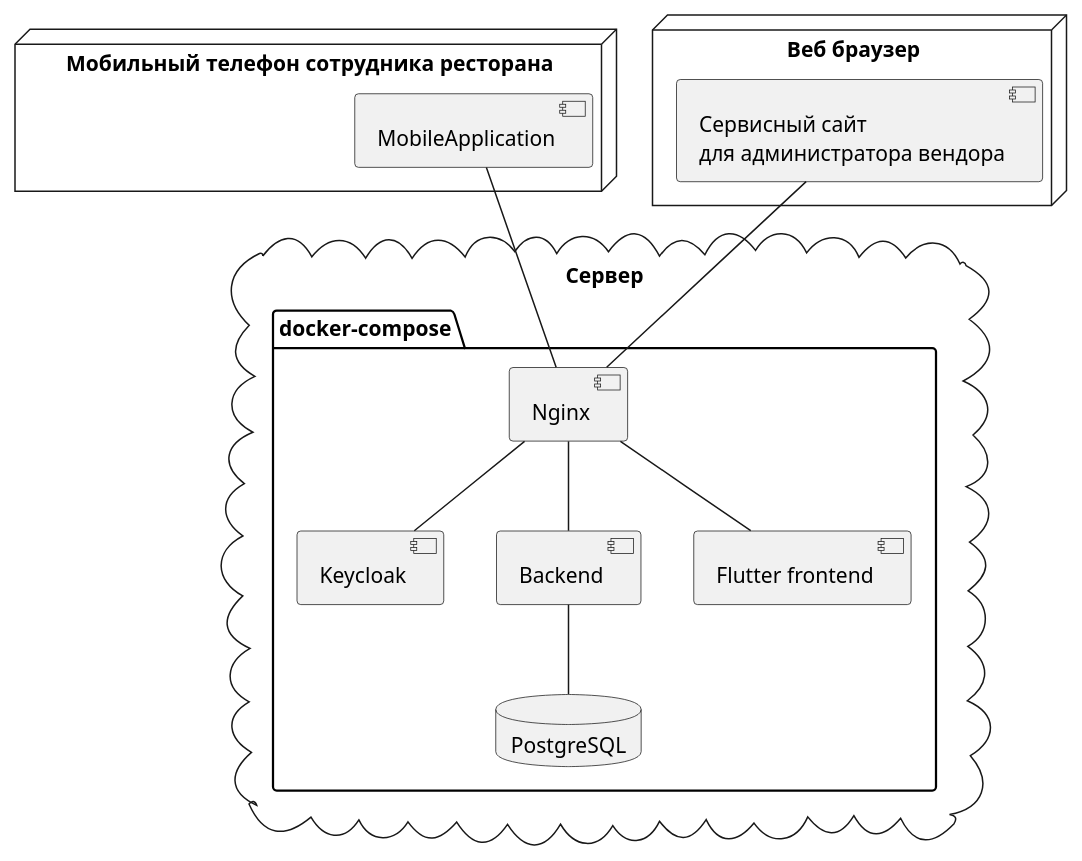
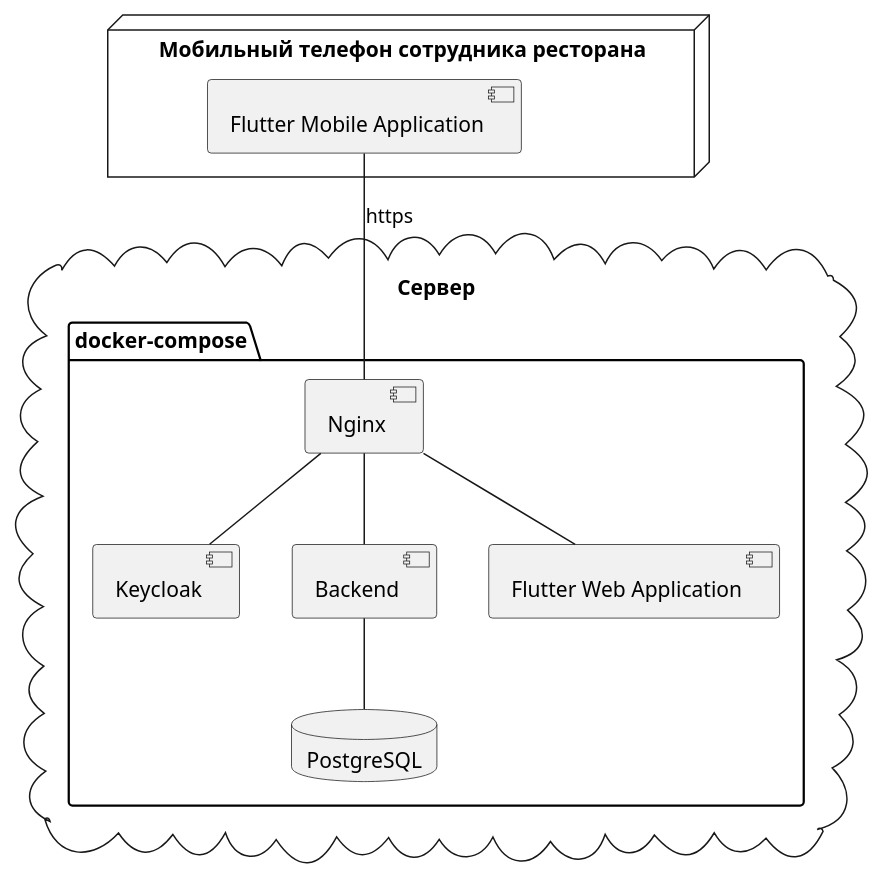
One commit to PavelPutin/restobook changed the diagram in documentation/диаграммы/Диаграмма развёртывания.pu. Above: the diagram before and after it, drawn with PlantUML. The commit also changed 1 other file, not shown here.

Commit message:
fix: remade deploy diagram images

```diff
--- a/documentation/диаграммы/Диаграмма развёртывания.pu
+++ b/documentation/диаграммы/Диаграмма развёртывания.pu
@@ -1,30 +1,27 @@
 @startuml Диаграмма развёртывания
 
 node "Мобильный телефон сотрудника ресторана" {
-    [MobileApplication]
+    [Flutter Mobile Application]
 }
 
-node "Веб браузер" {
-    [Сервисный сайт\nдля администратора вендора]
-}
+
 
 cloud Сервер {
     package docker-compose {
         [Nginx]
         [Keycloak]
         [Backend]
-        [Flutter frontend]
+        [Flutter Web Application]
         database PostgreSQL
     }
 }
 
-[MobileApplication] -- [Nginx]
-[Сервисный сайт\nдля администратора вендора] -- [Nginx]
+[Flutter Mobile Application] -- [Nginx] : https
 
 [Nginx] -- [Keycloak]
 [Nginx] -- [Backend]
-[Nginx] -- [Flutter frontend]
+[Nginx] -- [Flutter Web Application]
 
 [Backend] -- [PostgreSQL]
 
 @enduml
```
